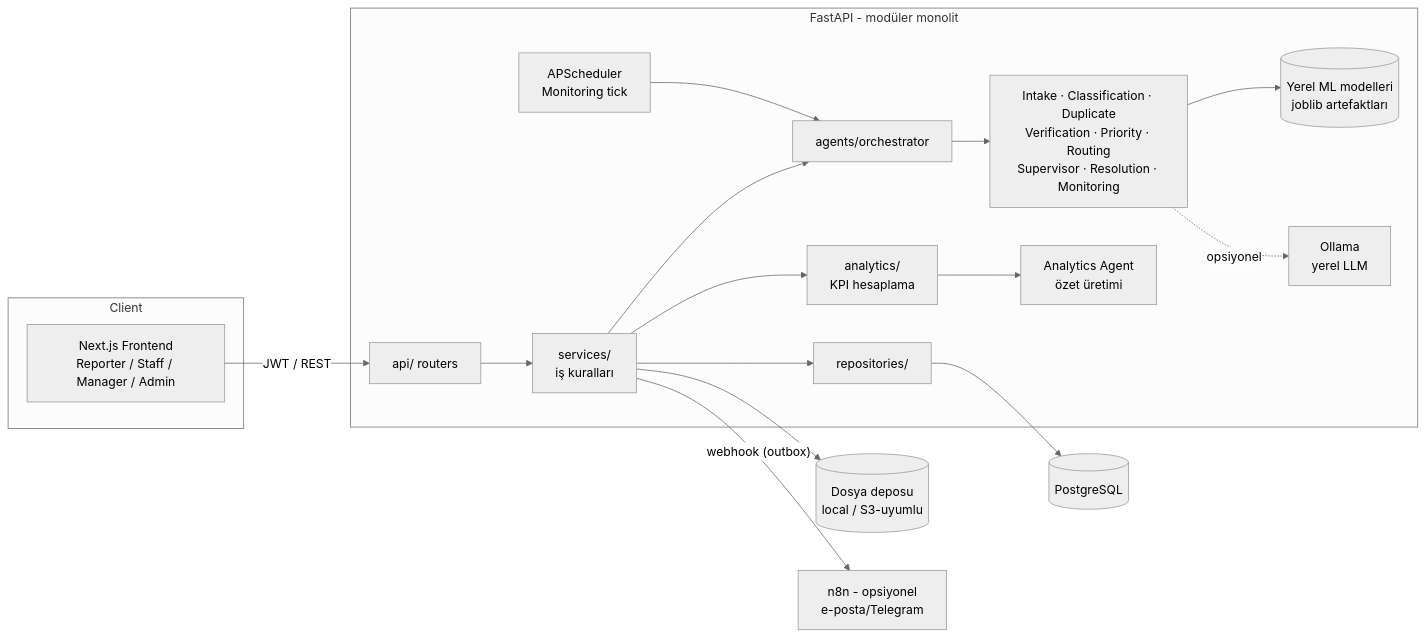
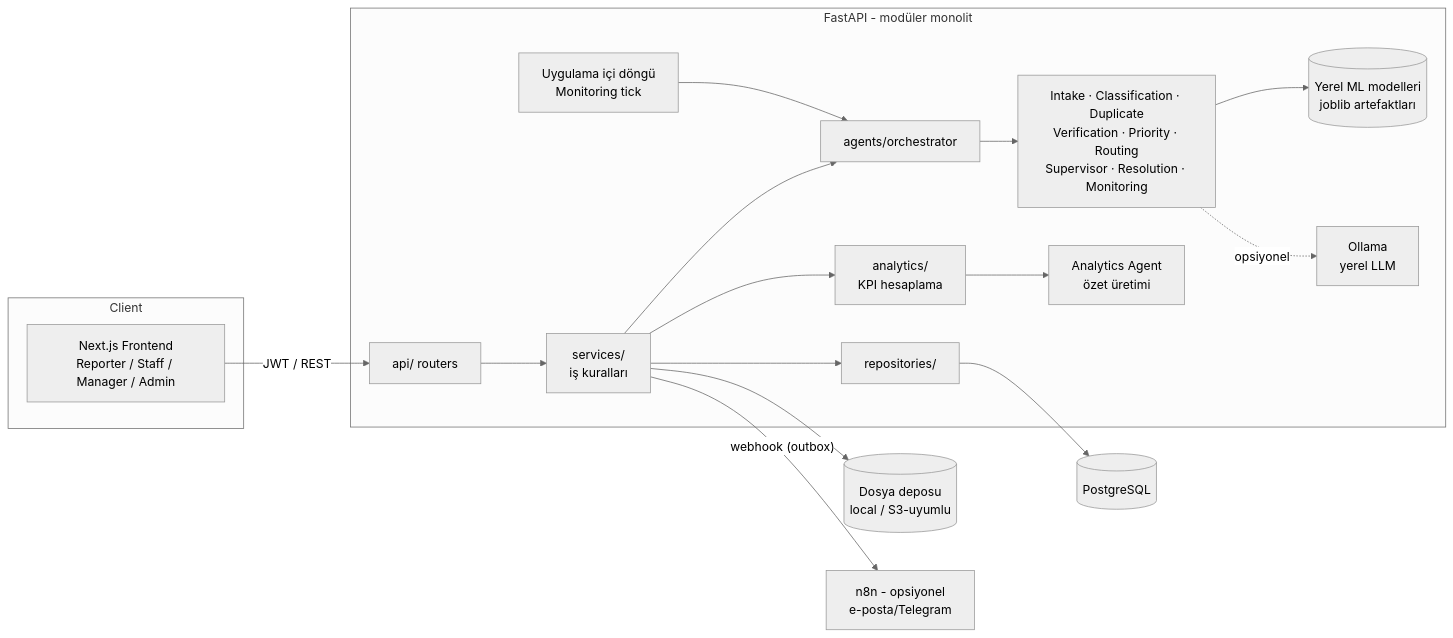
One commit to bahadirgokturk/BITIRME_PROJESI changed the first of 2 diagrams in docs/ARCHITECTURE.md. Above: the diagram before and after it, drawn with Mermaid (neutral theme). The commit also changed other lines of this file and 14 other files, not shown here.

````diff
--- a/docs/ARCHITECTURE.md
+++ b/docs/ARCHITECTURE.md
@@ -9,24 +9,24 @@
 ```mermaid
 flowchart LR
     subgraph Client
         FE[Next.js Frontend<br/>Reporter / Staff / Manager / Admin]
     end
     subgraph Backend[FastAPI - modüler monolit]
         API[api/ routers] --> SVC[services/<br/>iş kuralları]
         SVC --> REPO[repositories/]
         SVC --> ORCH[agents/orchestrator]
         ORCH --> AG[Intake · Classification · Duplicate<br/>Verification · Priority · Routing<br/>Supervisor · Resolution · Monitoring]
         AG --> ML[(Yerel ML modelleri<br/>joblib artefaktları)]
         AG -.opsiyonel.-> OLL[Ollama<br/>yerel LLM]
         SVC --> AN[analytics/<br/>KPI hesaplama]
         AN --> SUM[Analytics Agent<br/>özet üretimi]
-        SCH[APScheduler<br/>Monitoring tick] --> ORCH
+        SCH[Uygulama içi döngü<br/>Monitoring tick] --> ORCH
     end
     DB[(PostgreSQL)]
     FS[(Dosya deposu<br/>local / S3-uyumlu)]
     N8N[n8n - opsiyonel<br/>e-posta/Telegram]
     FE -- JWT / REST --> API
     REPO --> DB
     SVC --> FS
     SVC -- webhook (outbox) --> N8N
 ```
````
